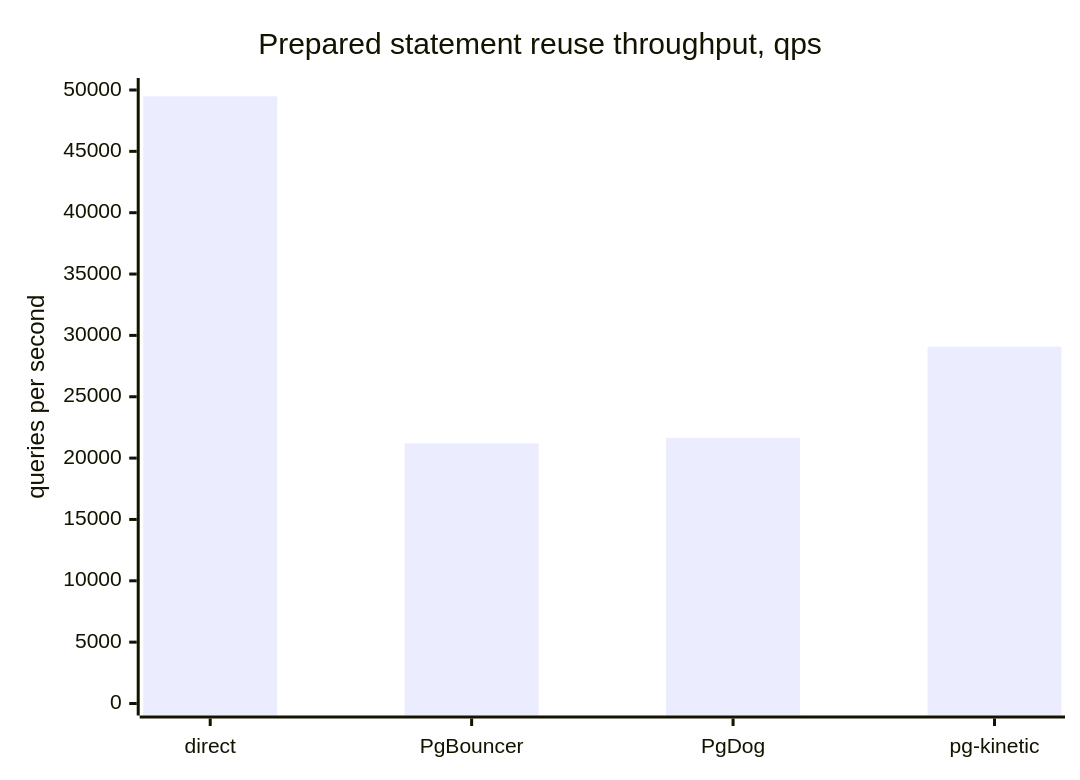
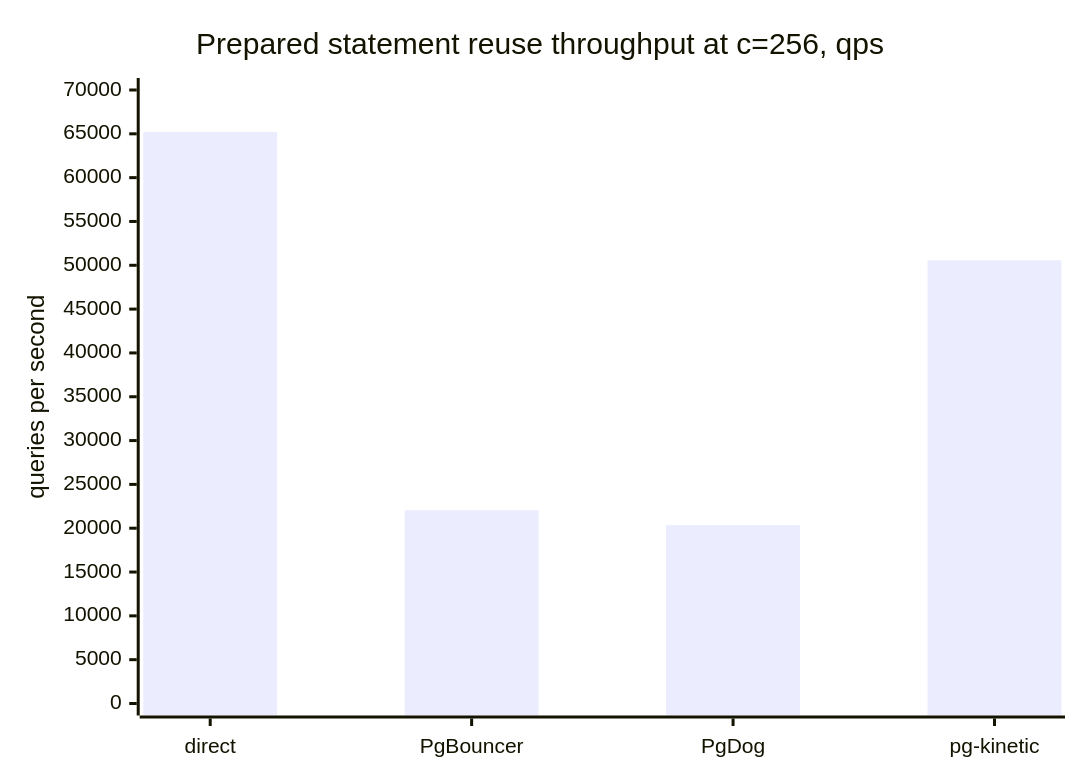
One commit to HookWoods/pg-kinetic changed the second of 2 diagrams in docs/benchmark-results.md. Above: the diagram before and after it, drawn with Mermaid. The commit also changed other lines of this file and 8 other files, not shown here.

````diff
--- a/docs/benchmark-results.md
+++ b/docs/benchmark-results.md
@@ -34,7 +51,7 @@
 ```mermaid
 xychart-beta
-  title "Prepared statement reuse throughput, qps"
+  title "Prepared statement reuse throughput at c=256, qps"
   x-axis ["direct", "PgBouncer", "PgDog", "pg-kinetic"]
-  y-axis "queries per second" 0 --> 50000
-  bar [49489, 21199, 21649, 29074]
+  y-axis "queries per second" 0 --> 70000
+  bar [65226, 22059, 20354, 50573]
 ```
````
